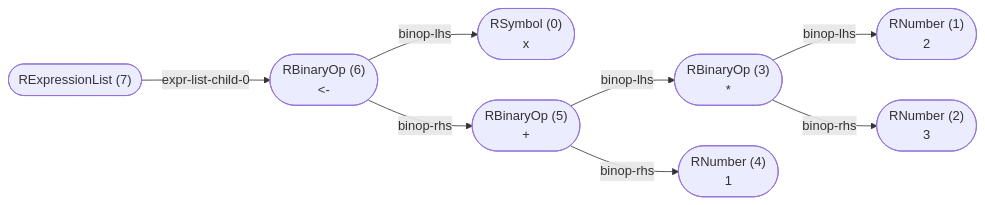
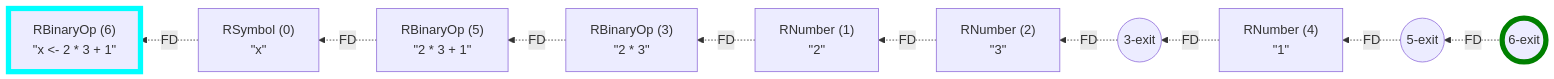
The first of 4 diagrams in wiki/Control Flow Graph.md (flowr-analysis/flowr), drawn with Mermaid before and after one commit. The commit also changed other lines of this file and 6 other files, not shown here.

````diff
--- a/wiki/Control Flow Graph.md
+++ b/wiki/Control Flow Graph.md
@@ -26,27 +33,30 @@
 ```mermaid
-flowchart LR
-    n7(["RExpressionList (7)
- "])
-    n6(["RBinaryOp (6)
-#60;#45;"])
-    n7 -->|"expr-list-child-0"| n6
-    n0(["RSymbol (0)
-x"])
-    n6 -->|"binop-lhs"| n0
-    n5(["RBinaryOp (5)
-#43;"])
-    n6 -->|"binop-rhs"| n5
-    n3(["RBinaryOp (3)
-#42;"])
-    n5 -->|"binop-lhs"| n3
-    n1(["RNumber (1)
-2"])
-    n3 -->|"binop-lhs"| n1
-    n2(["RNumber (2)
-3"])
-    n3 -->|"binop-rhs"| n2
-    n4(["RNumber (4)
-1"])
-    n5 -->|"binop-rhs"| n4
-
+flowchart RL
+    n0["`RSymbol (0)
+#34;x#34;`"]
+    n1["`RNumber (1)
+#34;2#34;`"]
+    n2["`RNumber (2)
+#34;3#34;`"]
+    n3["`RBinaryOp (3)
+#34;2 #42; 3#34;`"]
+    n3-exit((3-exit))
+    n4["`RNumber (4)
+#34;1#34;`"]
+    n5["`RBinaryOp (5)
+#34;2 #42; 3 #43; 1#34;`"]
+    n5-exit((5-exit))
+    n6["`RBinaryOp (6)
+#34;x #60;#45; 2 #42; 3 #43; 1#34;`"]
+    n6-exit((6-exit))
+    n2 -.->|"FD"| n1
+    n1 -.->|"FD"| n3
+    n3-exit -.->|"FD"| n2
+    n4 -.->|"FD"| n3-exit
+    n3 -.->|"FD"| n5
+    n5-exit -.->|"FD"| n4
+    n5 -.->|"FD"| n0
+    n0 -.->|"FD"| n6
+    n6-exit -.->|"FD"| n5-exit
+    style n6 stroke:cyan,stroke-width:6.5px;    style n6-exit stroke:green,stroke-width:6.5px;
 ```
````
